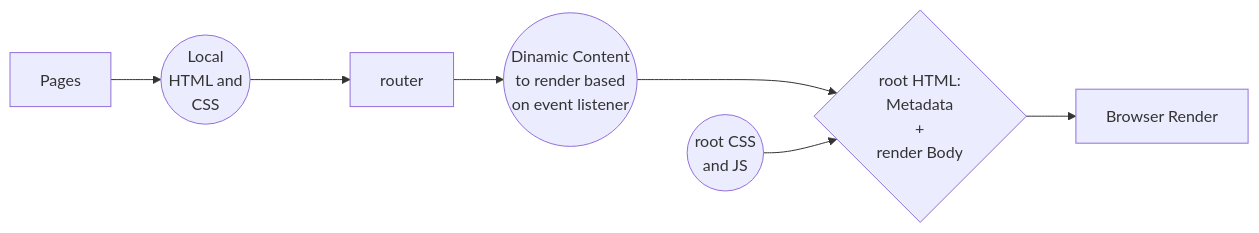
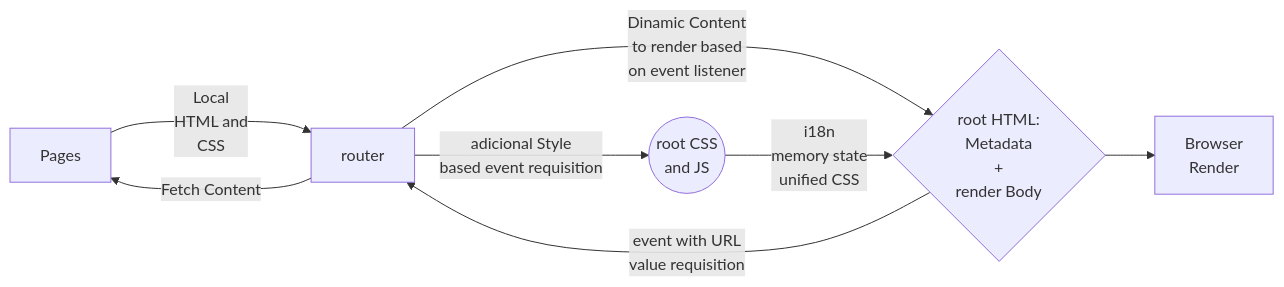
Before and after one commit to ArlessonMoura/portfolio: the diagram in readme.md, drawn with Mermaid.

Commit message:
adjust graph SPA

````diff
--- a/readme.md
+++ b/readme.md
@@ -1,9 +1,12 @@
 ```mermaid
 graph LR
 
-A[Pages] --> A+((Local<br> HTML and<br> CSS)) ---> B[router]
-B --> B+((Dinamic Content<br> to render based<br> on event listener)) ---> C{root HTML:<br> Metadata<br> +<br> render Body}
-D((root CSS<br> and JS)) --> C
-C --> E[Browser Render]
+A[Pages] -- Local<br> HTML and<br> CSS ---> B[router]
+B -- Fetch Content --> A
+B -- Dinamic Content<br> to render based<br> on event listener ---> C{root HTML:<br> Metadata<br> +<br> render Body}
+C -- event with URL<br> value requisition --> B
+D((root CSS<br> and JS)) -- i18n<br> memory state<br> unified CSS --> C
+B -- adicional Style<br> based event requisition --> D
+C --> E[Browser<br> Render]
 
 ```
````
